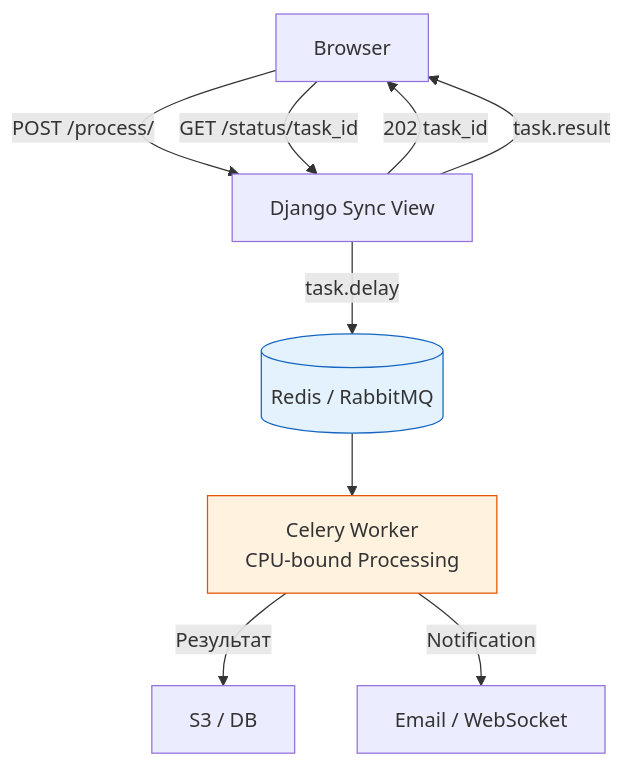
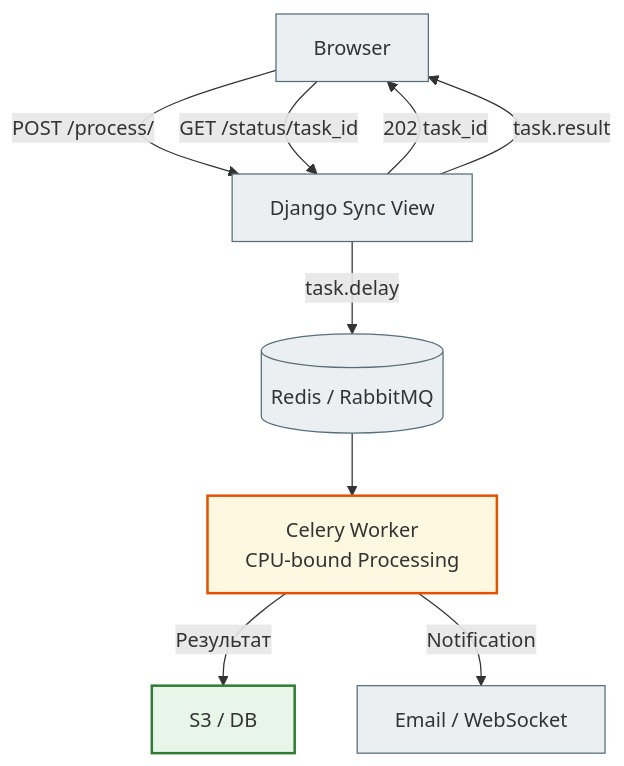
The fifth of 5 diagrams in docs/09_async_and_realtime/async_09_async_use_cases_full.md (NikoriakViktot/notes_chat_app), drawn with Mermaid before and after one commit. The commit also changed other lines of this file and 441 other files, not shown here.

First line of the commit message:
Add English version of the book, Mermaid standard, docs fixes

````diff
--- a/docs/09_async_and_realtime/async_09_async_use_cases_full.md
+++ b/docs/09_async_and_realtime/async_09_async_use_cases_full.md
@@ -268,14 +277,18 @@
 ```mermaid
 graph TD
     Browser -->|POST /process/| WebServer[Django Sync View]
     WebServer -->|task.delay| Broker[(Redis / RabbitMQ)]
     WebServer -->|202 task_id| Browser
-    Broker --> Worker[Celery Worker\nCPU-bound Processing]
+    Broker --> Worker["Celery Worker<br>CPU-bound Processing"]
     Worker -->|Результат| Storage[S3 / DB]
     Worker -->|Notification| Notification[Email / WebSocket]
     Browser -->|GET /status/task_id| WebServer
     WebServer -->|task.result| Browser
 
-    style Worker fill:#fff3e0,stroke:#e65100
-    style Broker fill:#e3f2fd,stroke:#1565c0
+    classDef step     fill:#eceff1,stroke:#546e7a,stroke-width:1px;
+    classDef success  fill:#e8f5e9,stroke:#2e7d32,stroke-width:2px;
+    classDef warning  fill:#fff8e1,stroke:#e65100,stroke-width:2px;
+    class Browser,WebServer,Broker,Notification step;
+    class Storage success;
+    class Worker warning;
 ```
````
